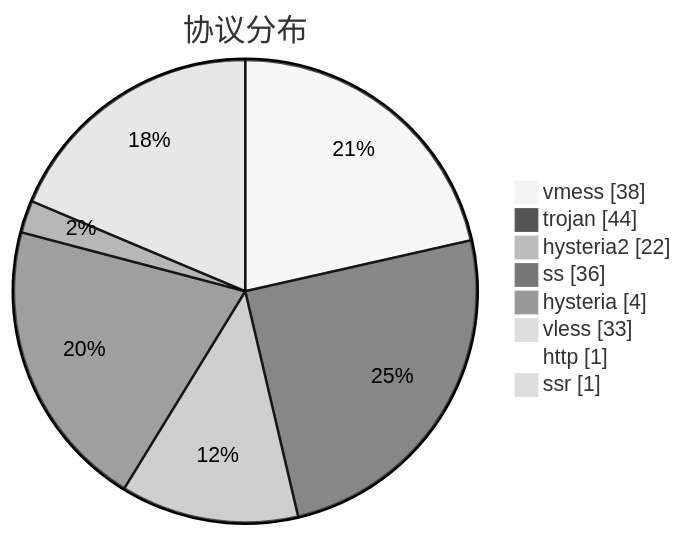
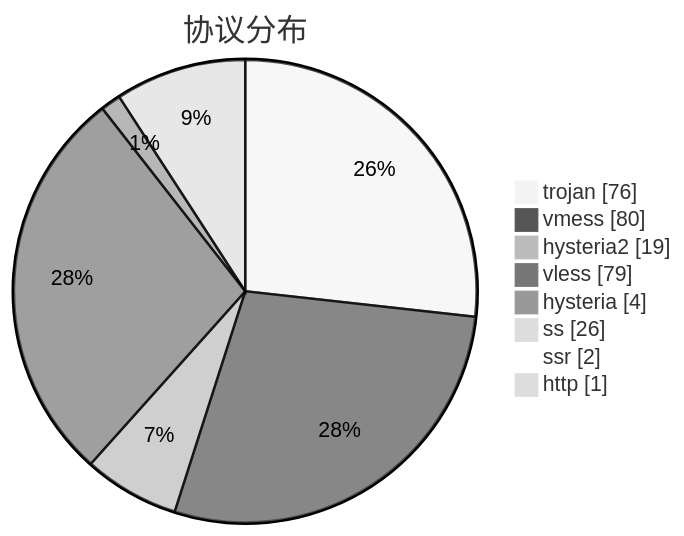
The third of 3 diagrams in subs/statistics/tested_within.md (sinspired/airport), drawn with Mermaid (neutral theme) before and after one commit. The commit also changed other lines of this file and 2 other files, not shown here.

````diff
--- a/subs/statistics/tested_within.md
+++ b/subs/statistics/tested_within.md
@@ -39,12 +40,12 @@
 ```mermaid
 pie showData
 title 协议分布
-"vmess" : 38
-"trojan" : 44
-"hysteria2" : 22
-"ss" : 36
+"trojan" : 76
+"vmess" : 80
+"hysteria2" : 19
+"vless" : 79
 "hysteria" : 4
-"vless" : 33
+"ss" : 26
+"ssr" : 2
 "http" : 1
-"ssr" : 1
 ```
````
